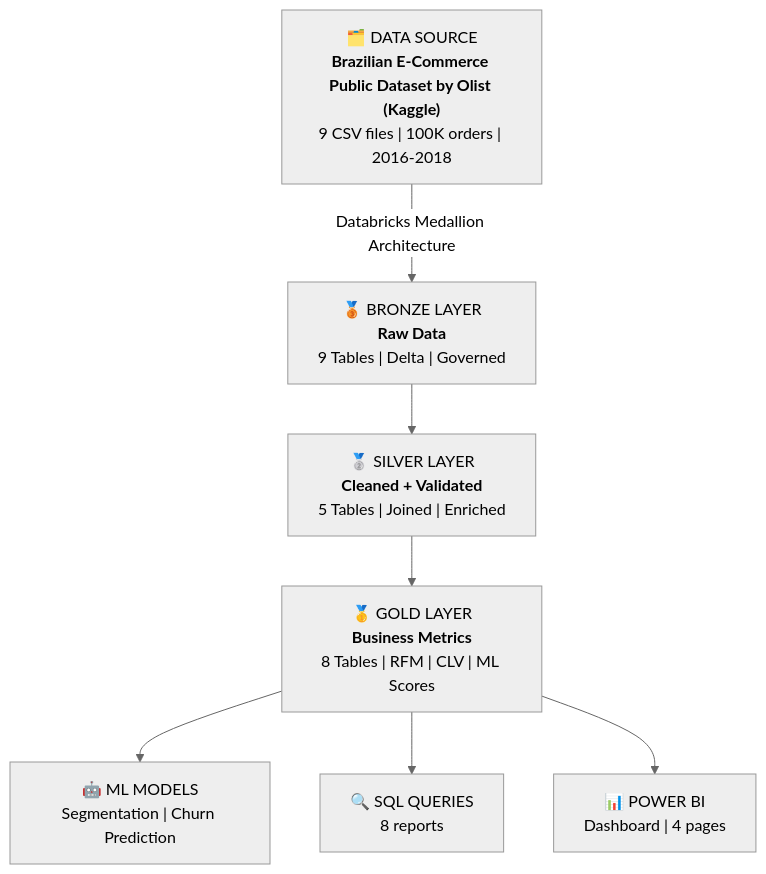
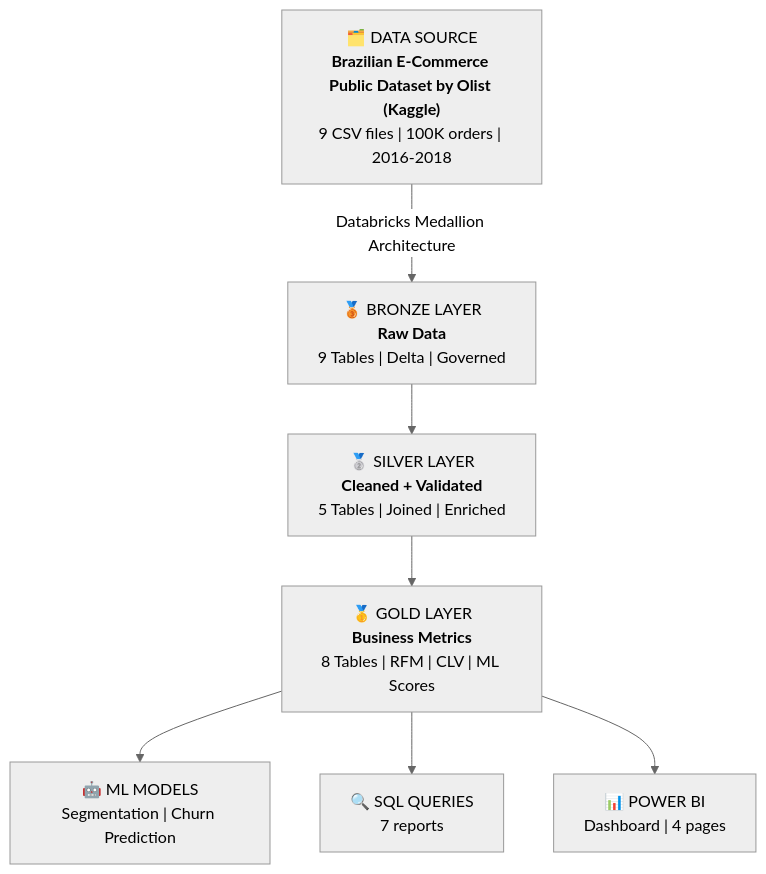
Before and after one commit to txago/olist-analytics-platform: the diagram in README.md, drawn with Mermaid (neutral theme). The commit also changed 2 other files, not shown here.

Commit message:
Update gold table queries

````diff
--- a/README.md
+++ b/README.md
@@ -48,9 +48,9 @@
 ```mermaid
 flowchart TD
     A["🗂️ DATA SOURCE<br><strong>Brazilian E-Commerce Public Dataset by Olist (Kaggle)</strong><br>9 CSV files | 100K orders | 2016-2018"] -->|Databricks Medallion Architecture| B["🥉 BRONZE LAYER<br><strong>Raw Data</strong><br>9 Tables | Delta | Governed"]
     B --> C["🥈 SILVER LAYER<br><strong>Cleaned + Validated</strong><br>5 Tables | Joined | Enriched"]
     C --> D["🥇 GOLD LAYER<br><strong>Business Metrics</strong><br>8 Tables | RFM | CLV | ML Scores"]
     D --> E["🤖 ML MODELS<br>Segmentation | Churn Prediction"]
-    D --> F["🔍 SQL QUERIES<br>8 reports"]
+    D --> F["🔍 SQL QUERIES<br>7 reports"]
     D --> G["📊 POWER BI<br>Dashboard | 4 pages"]
 ```
````
